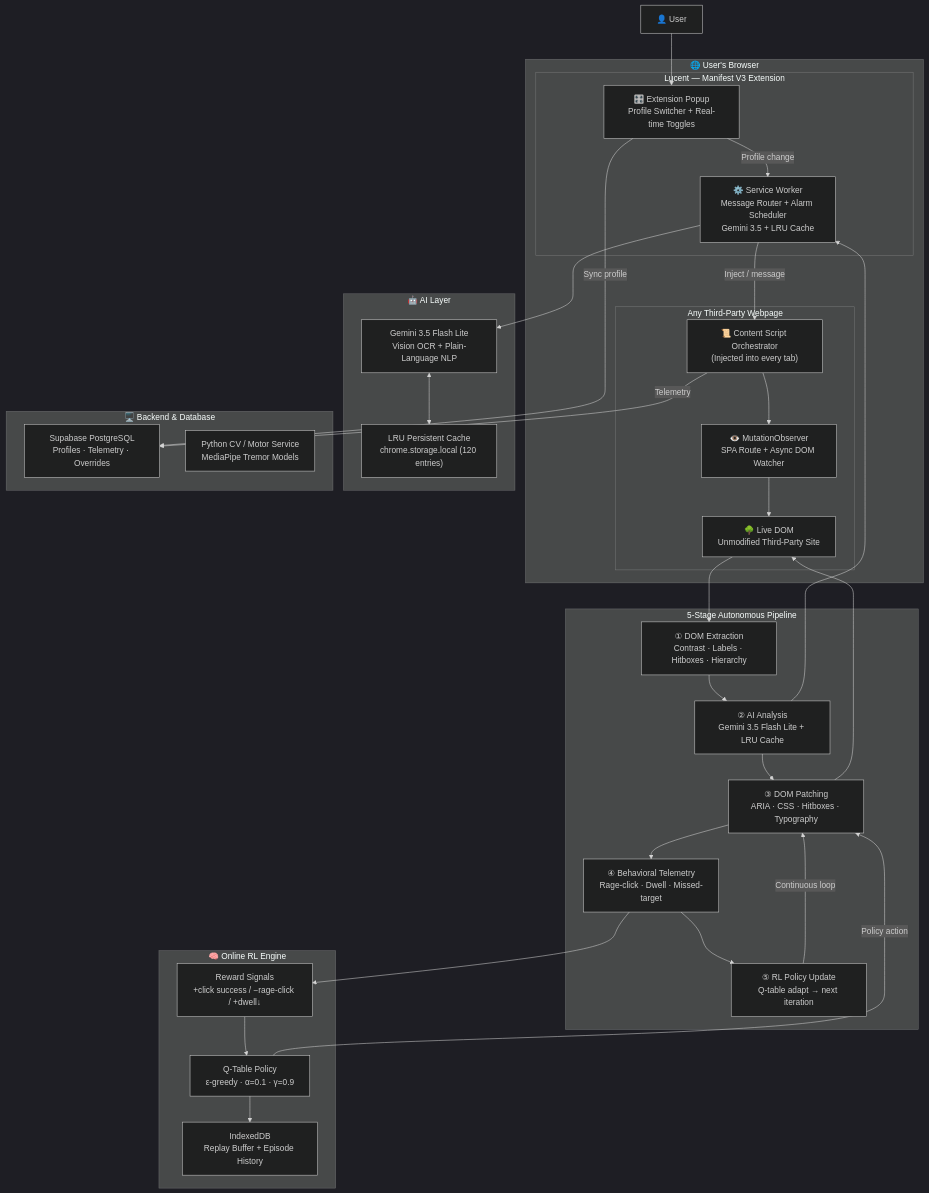
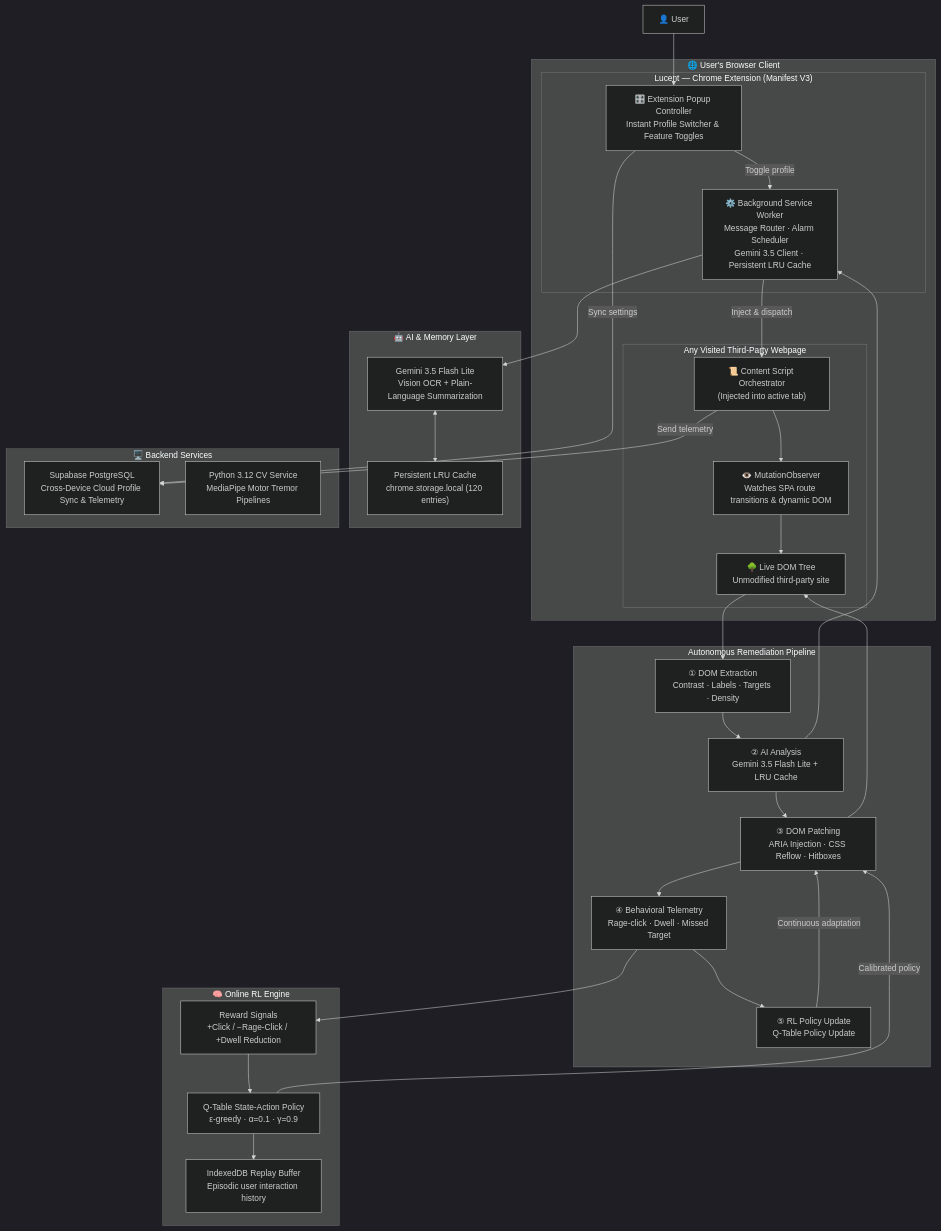
One commit to tamajit-ghosh-13/LucentV3 changed the second of 2 diagrams in README.md. Above: the diagram before and after it, drawn with Mermaid (dark theme). The commit also changed other lines of this file, not shown here.

````diff
--- a/README.md
+++ b/README.md
@@ -325,57 +309,57 @@
 ```mermaid
 flowchart TD
-    subgraph BROWSER["🌐 User's Browser"]
-        subgraph EXT["Lucent — Manifest V3 Extension"]
-            SW["⚙️ Service Worker\nMessage Router + Alarm Scheduler\nGemini 3.5 + LRU Cache"]
-            POPUP["🎛️ Extension Popup\nProfile Switcher + Real-time Toggles"]
+    subgraph BROWSER["🌐 User's Browser Client"]
+        subgraph EXT["Lucent — Chrome Extension (Manifest V3)"]
+            SW["⚙️ Background Service Worker\nMessage Router · Alarm Scheduler\nGemini 3.5 Client · Persistent LRU Cache"]
+            POPUP["🎛️ Extension Popup Controller\nInstant Profile Switcher & Feature Toggles"]
         end
 
-        subgraph PAGE["Any Third-Party Webpage"]
-            CS["📜 Content Script Orchestrator\n(Injected into every tab)"]
-            MO["👁️ MutationObserver\nSPA Route + Async DOM Watcher"]
-            DOM["🌳 Live DOM\nUnmodified Third-Party Site"]
+        subgraph PAGE["Any Visited Third-Party Webpage"]
+            CS["📜 Content Script Orchestrator\n(Injected into active tab)"]
+            MO["👁️ MutationObserver\nWatches SPA route transitions & dynamic DOM"]
+            DOM["🌳 Live DOM Tree\nUnmodified third-party site"]
         end
     end
 
-    subgraph PIPES["5-Stage Autonomous Pipeline"]
-        P1["① DOM Extraction\nContrast · Labels · Hitboxes · Hierarchy"]
+    subgraph PIPES["Autonomous Remediation Pipeline"]
+        P1["① DOM Extraction\nContrast · Labels · Targets · Density"]
         P2["② AI Analysis\nGemini 3.5 Flash Lite + LRU Cache"]
-        P3["③ DOM Patching\nARIA · CSS · Hitboxes · Typography"]
-        P4["④ Behavioral Telemetry\nRage-click · Dwell · Missed-target"]
-        P5["⑤ RL Policy Update\nQ-table adapt → next iteration"]
+        P3["③ DOM Patching\nARIA Injection · CSS Reflow · Hitboxes"]
+        P4["④ Behavioral Telemetry\nRage-click · Dwell · Missed Target"]
+        P5["⑤ RL Policy Update\nQ-Table Policy Update"]
     end
 
-    subgraph AI["🤖 AI Layer"]
-        GEMINI["Gemini 3.5 Flash Lite\nVision OCR + Plain-Language NLP"]
-        CACHE["LRU Persistent Cache\nchrome.storage.local (120 entries)"]
+    subgraph AI["🤖 AI & Memory Layer"]
+        GEMINI["Gemini 3.5 Flash Lite\nVision OCR + Plain-Language Summarization"]
+        CACHE["Persistent LRU Cache\nchrome.storage.local (120 entries)"]
     end
 
     subgraph RL["🧠 Online RL Engine"]
-        QT["Q-Table Policy\nε-greedy · α=0.1 · γ=0.9"]
-        RW["Reward Signals\n+click success / −rage-click / +dwell↓"]
-        IDB["IndexedDB\nReplay Buffer + Episode History"]
+        QT["Q-Table State-Action Policy\nε-greedy · α=0.1 · γ=0.9"]
+        RW["Reward Signals\n+Click / −Rage-Click / +Dwell Reduction"]
+        IDB["IndexedDB Replay Buffer\nEpisodic user interaction history"]
     end
 
-    subgraph BACKEND["🖥️ Backend & Database"]
-        SUPA["Supabase PostgreSQL\nProfiles · Telemetry · Overrides"]
-        ML["Python CV / Motor Service\nMediaPipe Tremor Models"]
+    subgraph BACKEND["🖥️ Backend Services"]
+        SUPA["Supabase PostgreSQL\nCross-Device Cloud Profile Sync & Telemetry"]
+        ML["Python 3.12 CV Service\nMediaPipe Motor Tremor Pipelines"]
     end
 
     USER["👤 User"] --> POPUP
-    POPUP -->|"Profile change"| SW
-    SW -->|"Inject / message"| CS
+    POPUP -->|"Toggle profile"| SW
+    SW -->|"Inject & dispatch"| CS
     CS --> MO --> DOM
 
     DOM --> P1 --> P2 --> P3 --> DOM
-    P3 --> P4 --> P5 -->|"Continuous loop"| P3
+    P3 --> P4 --> P5 -->|"Continuous adaptation"| P3
 
     P4 --> RW --> QT
-    QT -->|"Policy action"| P3
+    QT -->|"Calibrated policy"| P3
     QT --> IDB
 
     P2 --> SW --> GEMINI
     GEMINI <--> CACHE
 
-    POPUP -->|"Sync profile"| SUPA
-    CS -->|"Telemetry"| SUPA
+    POPUP -->|"Sync settings"| SUPA
+    CS -->|"Send telemetry"| SUPA
 ```
````
